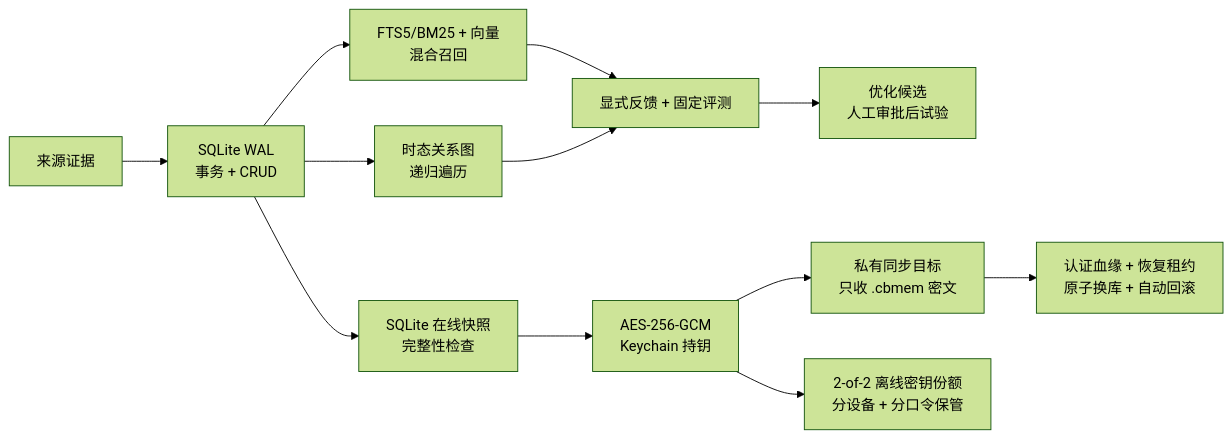
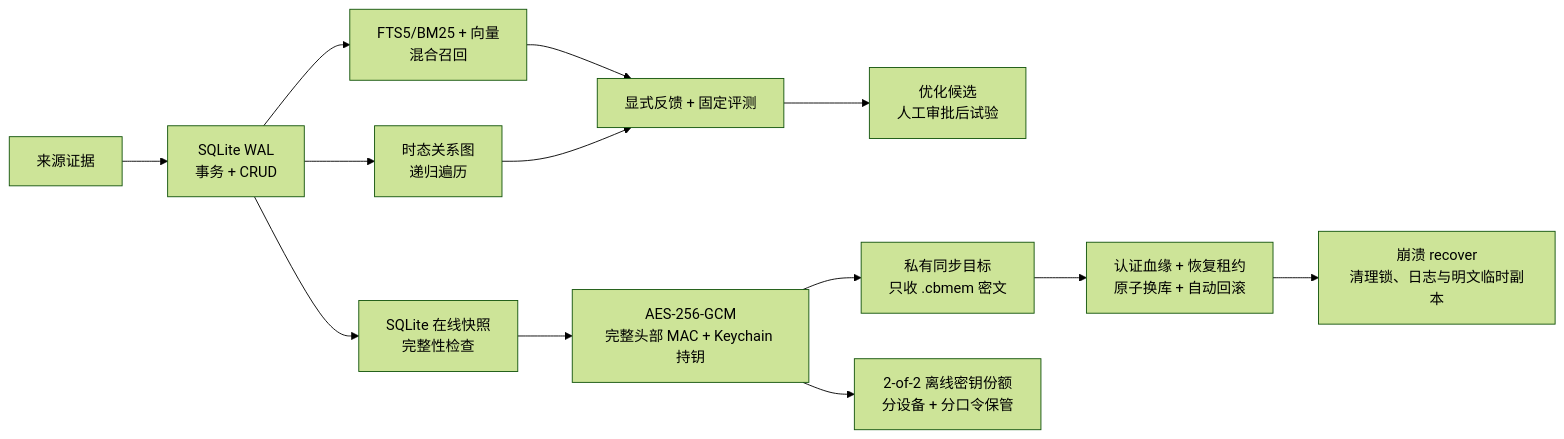
Before and after one commit to liuanye9-lab/codex-os-brain: diagram 21 of 30 in README.md, drawn with Mermaid (forest theme). The commit also changed other lines of this file, not shown here.

````diff
--- a/README.md
+++ b/README.md
@@ -687,14 +698,15 @@
 ```mermaid
 flowchart LR
   Source["来源证据"] --> SQL["SQLite WAL<br/>事务 + CRUD"]
   SQL --> Hybrid["FTS5/BM25 + 向量<br/>混合召回"]
   SQL --> Graph["时态关系图<br/>递归遍历"]
   Hybrid --> Feedback["显式反馈 + 固定评测"]
   Graph --> Feedback
   Feedback --> Candidate["优化候选<br/>人工审批后试验"]
   SQL --> Snapshot["SQLite 在线快照<br/>完整性检查"]
-  Snapshot --> AES["AES-256-GCM<br/>Keychain 持钥"]
+  Snapshot --> AES["AES-256-GCM<br/>完整头部 MAC + Keychain 持钥"]
   AES --> Remote["私有同步目标<br/>只收 .cbmem 密文"]
   AES --> Split["2-of-2 离线密钥份额<br/>分设备 + 分口令保管"]
   Remote --> Restore["认证血缘 + 恢复租约<br/>原子换库 + 自动回滚"]
+  Restore --> Cleanup["崩溃 recover<br/>清理锁、日志与明文临时副本"]
 ```
````
